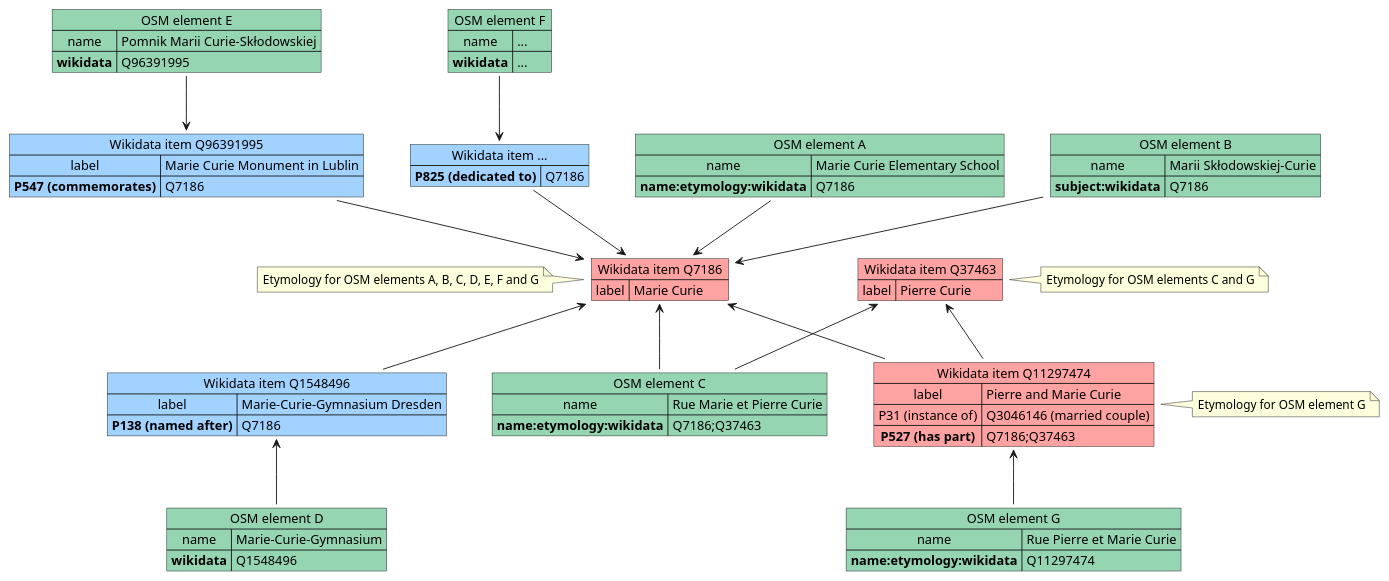
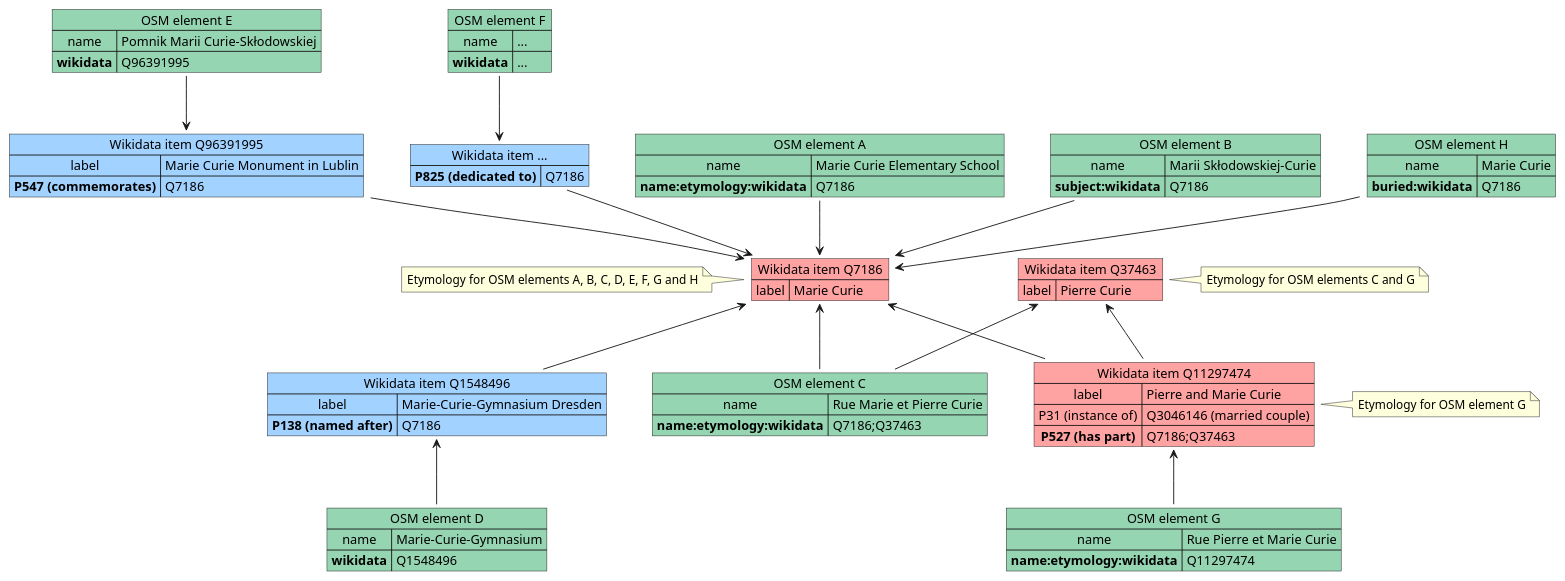
Before and after one commit to Danysan1/osm-wikidata-map-framework: the first of 3 diagrams in CONTRIBUTING.md, drawn with PlantUML. The commit also changed other lines of this file and 9 other files, not shown here.

Commit message:
Add buried:wikidata

```diff
--- a/CONTRIBUTING.md
+++ b/CONTRIBUTING.md
@@ -94,9 +94,14 @@
   name => Rue Pierre et Marie Curie
   **name:etymology:wikidata** => Q11297474
 }
+map "OSM element H" as osmh #95d5b2 {
+  name => Marie Curie
+  **buried:wikidata** => Q7186
+}
 
 osma --> wikia
 osmb --> wikia
+osmh --> wikia
 wikia <-- osmc
 wikib <-- osmc
 wikic <-- osmg
@@ -111,7 +116,7 @@
 wikie --> wikia
 wikif --> wikia
 
-note left of wikia: Etymology for OSM elements A, B, C, D, E, F and G
+note left of wikia: Etymology for OSM elements A, B, C, D, E, F, G and H
 note right of wikib: Etymology for OSM elements C and G
 note right of wikic: Etymology for OSM element G
 
```
